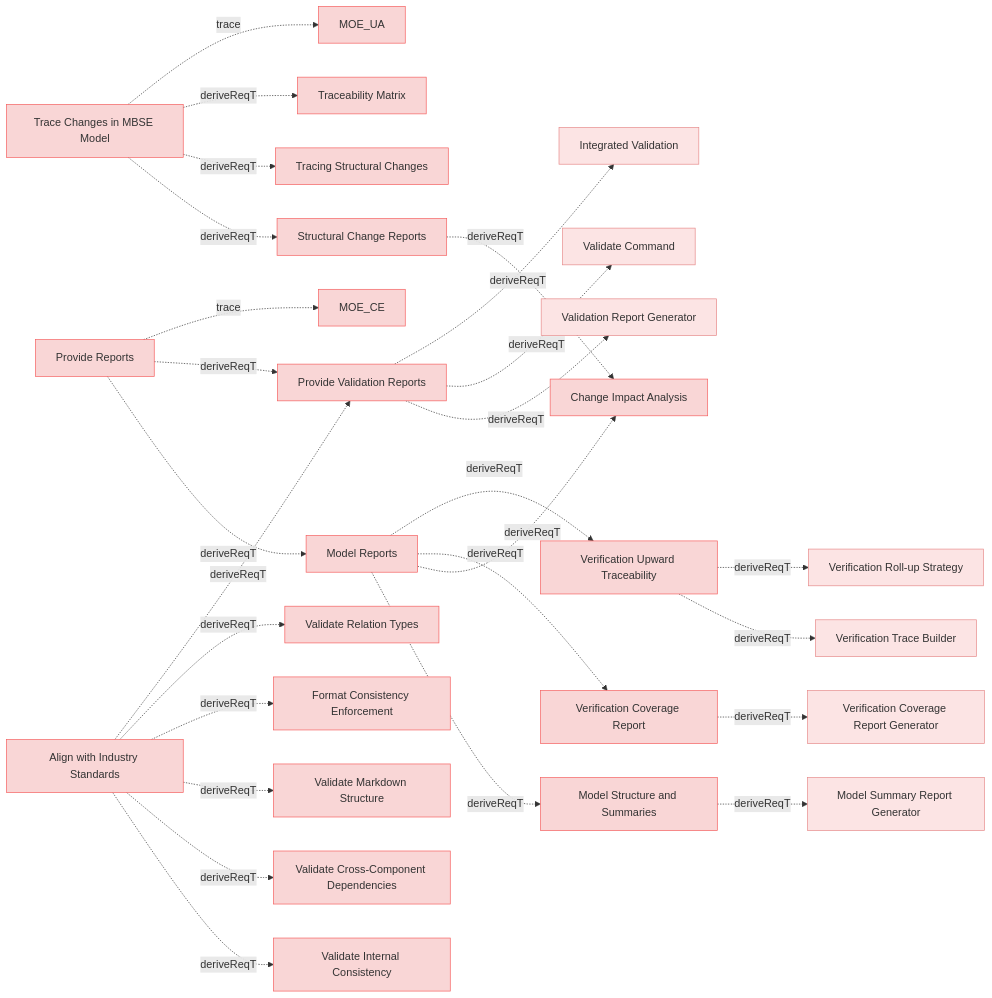
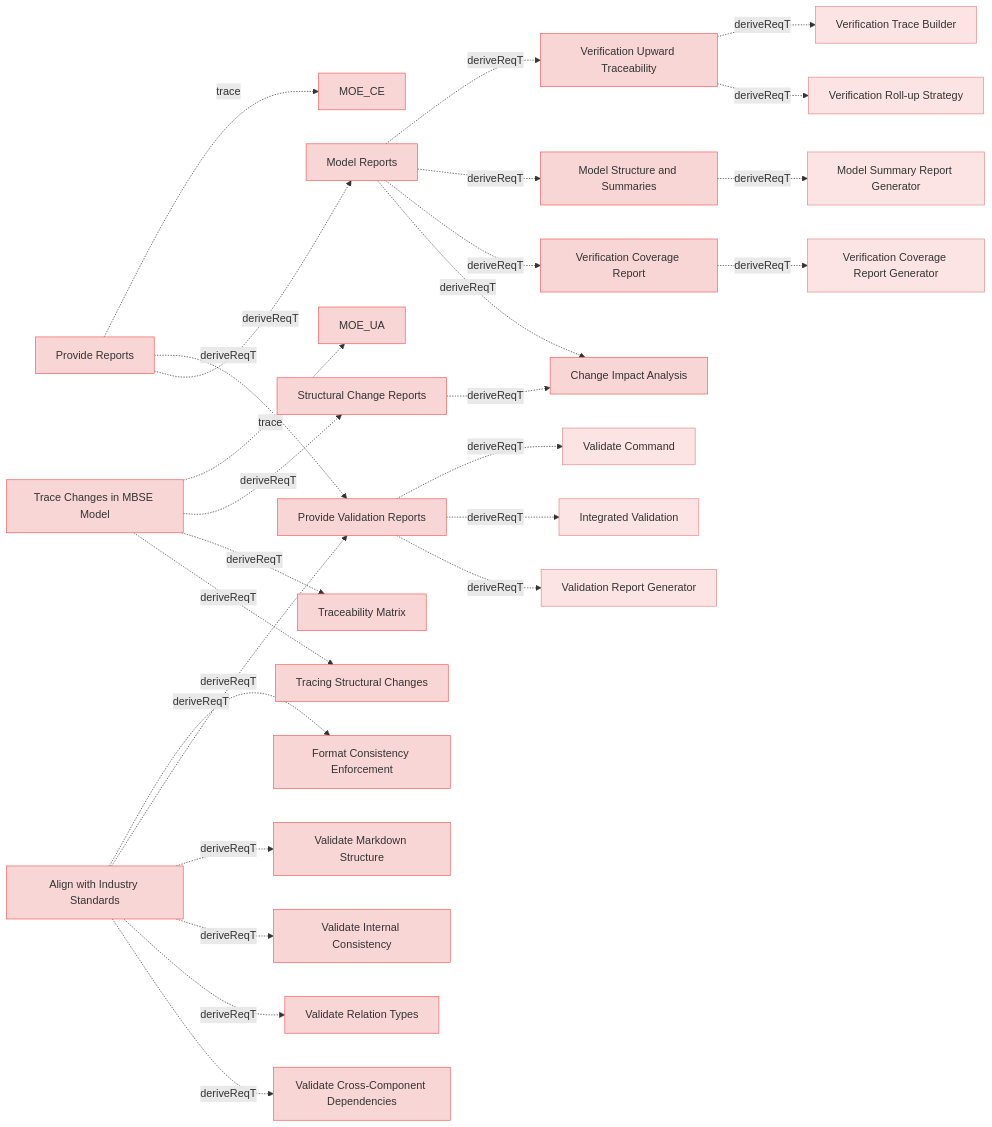
Before and after one commit to reqvire-org/reqvire: the fifth of 9 diagrams in specifications/UserRequirements.md, drawn with Mermaid. The commit also changed other lines of this file and 81 other files, not shown here.

````diff
--- a/specifications/UserRequirements.md
+++ b/specifications/UserRequirements.md
@@ -614,100 +614,60 @@
   classDef verification fill:#d6f9d6,stroke:#5fd75f,stroke-width:1px;
   classDef default fill:#f5f5f5,stroke:#333333,stroke-width:1px;
 
+  1908501a80db5c46["Structural Change Reports"];
+  class 1908501a80db5c46 userRequirement;
+  click 1908501a80db5c46 "UserRequirements.md#structural-change-reports";
+  9933cac5853a8584["Change Impact Analysis"];
+  class 9933cac5853a8584 userRequirement;
+  click 9933cac5853a8584 "UserRequirements.md#change-impact-analysis";
+  1908501a80db5c46 -.->|deriveReqT| 9933cac5853a8584;
+  7ceb6b9bed1a94e1["Verification Upward Traceability"];
+  class 7ceb6b9bed1a94e1 userRequirement;
+  click 7ceb6b9bed1a94e1 "UserRequirements.md#verification-upward-traceability";
+  dc847db96c21aa38["Verification Trace Builder"];
+  class dc847db96c21aa38 systemRequirement;
+  click dc847db96c21aa38 "SystemRequirements/Requirements.md#verification-trace-builder";
+  7ceb6b9bed1a94e1 -.->|deriveReqT| dc847db96c21aa38;
+  196b05a6d8df8aaa["Verification Roll-up Strategy"];
+  class 196b05a6d8df8aaa systemRequirement;
+  click 196b05a6d8df8aaa "SystemRequirements/Requirements.md#verification-roll-up-strategy";
+  7ceb6b9bed1a94e1 -.->|deriveReqT| 196b05a6d8df8aaa;
   ed31b6bed1cde2f8["Provide Validation Reports"];
   class ed31b6bed1cde2f8 userRequirement;
   click ed31b6bed1cde2f8 "UserRequirements.md#provide-validation-reports";
+  b4f1757fc8831083["Validate Command"];
+  class b4f1757fc8831083 systemRequirement;
+  click b4f1757fc8831083 "SystemRequirements/Requirements.md#validate-command";
+  ed31b6bed1cde2f8 -.->|deriveReqT| b4f1757fc8831083;
   5a67efb6be1c6c72["Integrated Validation"];
   class 5a67efb6be1c6c72 systemRequirement;
   click 5a67efb6be1c6c72 "SystemRequirements/TwoPassValidation.md#integrated-validation";
   ed31b6bed1cde2f8 -.->|deriveReqT| 5a67efb6be1c6c72;
-  b4f1757fc8831083["Validate Command"];
-  class b4f1757fc8831083 systemRequirement;
-  click b4f1757fc8831083 "SystemRequirements/Requirements.md#validate-command";
-  ed31b6bed1cde2f8 -.->|deriveReqT| b4f1757fc8831083;
   d667d94124e3bab7["Validation Report Generator"];
   class d667d94124e3bab7 systemRequirement;
   click d667d94124e3bab7 "SystemRequirements/Requirements.md#validation-report-generator";
   ed31b6bed1cde2f8 -.->|deriveReqT| d667d94124e3bab7;
-  7ceb6b9bed1a94e1["Verification Upward Traceability"];
-  class 7ceb6b9bed1a94e1 userRequirement;
-  click 7ceb6b9bed1a94e1 "UserRequirements.md#verification-upward-traceability";
-  196b05a6d8df8aaa["Verification Roll-up Strategy"];
-  class 196b05a6d8df8aaa systemRequirement;
-  click 196b05a6d8df8aaa "SystemRequirements/Requirements.md#verification-roll-up-strategy";
-  7ceb6b9bed1a94e1 -.->|deriveReqT| 196b05a6d8df8aaa;
-  dc847db96c21aa38["Verification Trace Builder"];
-  class dc847db96c21aa38 systemRequirement;
-  click dc847db96c21aa38 "SystemRequirements/Requirements.md#verification-trace-builder";
-  7ceb6b9bed1a94e1 -.->|deriveReqT| dc847db96c21aa38;
+  ad6f7a2d41d80a38["Model Structure and Summaries"];
+  class ad6f7a2d41d80a38 userRequirement;
+  click ad6f7a2d41d80a38 "UserRequirements.md#model-structure-and-summaries";
+  b882613af131f35f["Model Summary Report Generator"];
+  class b882613af131f35f systemRequirement;
+  click b882613af131f35f "SystemRequirements/Requirements.md#model-summary-report-generator";
+  ad6f7a2d41d80a38 -.->|deriveReqT| b882613af131f35f;
+  f7a606aa79ba438["Verification Coverage Report"];
+  class f7a606aa79ba438 userRequirement;
+  click f7a606aa79ba438 "UserRequirements.md#verification-coverage-report";
+  2f5273c3b5655b33["Verification Coverage Report Generator"];
+  class 2f5273c3b5655b33 systemRequirement;
+  click 2f5273c3b5655b33 "SystemRequirements/Requirements.md#verification-coverage-report-generator";
+  f7a606aa79ba438 -.->|deriveReqT| 2f5273c3b5655b33;
   70701096d332c0b2["Model Reports"];
   class 70701096d332c0b2 userRequirement;
   click 70701096d332c0b2 "UserRequirements.md#model-reports";
   70701096d332c0b2 -.->|deriveReqT| 7ceb6b9bed1a94e1;
-  f7a606aa79ba438["Verification Coverage Report"];
-  class f7a606aa79ba438 userRequirement;
-  click f7a606aa79ba438 "UserRequirements.md#verification-coverage-report";
+  70701096d332c0b2 -.->|deriveReqT| ad6f7a2d41d80a38;
   70701096d332c0b2 -.->|deriveReqT| f7a606aa79ba438;
-  9933cac5853a8584["Change Impact Analysis"];
-  class 9933cac5853a8584 userRequirement;
-  click 9933cac5853a8584 "UserRequirements.md#change-impact-analysis";
   70701096d332c0b2 -.->|deriveReqT| 9933cac5853a8584;
-  ad6f7a2d41d80a38["Model Structure and Summaries"];
-  class ad6f7a2d41d80a38 userRequirement;
-  click ad6f7a2d41d80a38 "UserRequirements.md#model-structure-and-summaries";
-  70701096d332c0b2 -.->|deriveReqT| ad6f7a2d41d80a38;
-  2f5273c3b5655b33["Verification Coverage Report Generator"];
-  class 2f5273c3b5655b33 systemRequirement;
-  click 2f5273c3b5655b33 "SystemRequirements/Requirements.md#verification-coverage-report-generator";
-  f7a606aa79ba438 -.->|deriveReqT| 2f5273c3b5655b33;
-  1908501a80db5c46["Structural Change Reports"];
-  class 1908501a80db5c46 userRequirement;
-  click 1908501a80db5c46 "UserRequirements.md#structural-change-reports";
-  1908501a80db5c46 -.->|deriveReqT| 9933cac5853a8584;
-  b882613af131f35f["Model Summary Report Generator"];
-  class b882613af131f35f systemRequirement;
-  click b882613af131f35f "SystemRequirements/Requirements.md#model-summary-report-generator";
-  ad6f7a2d41d80a38 -.->|deriveReqT| b882613af131f35f;
-  5ef9c8ae19a9f55a["Trace Changes in MBSE Model"];
-  class 5ef9c8ae19a9f55a userRequirement;
-  click 5ef9c8ae19a9f55a "UserStories.md#trace-changes-in-mbse-model";
-  2c5f30f14e792200["MOE_UA"];
-  class 2c5f30f14e792200 userRequirement;
-  click 2c5f30f14e792200 "MOEs.md#moe_ua";
-  5ef9c8ae19a9f55a -.->|trace| 2c5f30f14e792200;
-  4e30ea0930dc9c26["Traceability Matrix"];
-  class 4e30ea0930dc9c26 userRequirement;
-  click 4e30ea0930dc9c26 "UserRequirements.md#traceability-matrix";
-  5ef9c8ae19a9f55a -.->|deriveReqT| 4e30ea0930dc9c26;
-  d7b7b13a5b8d96e1["Tracing Structural Changes"];
-  class d7b7b13a5b8d96e1 userRequirement;
-  click d7b7b13a5b8d96e1 "UserRequirements.md#tracing-structural-changes";
-  5ef9c8ae19a9f55a -.->|deriveReqT| d7b7b13a5b8d96e1;
-  5ef9c8ae19a9f55a -.->|deriveReqT| 1908501a80db5c46;
-  b74eec7ed767e7c["Align with Industry Standards"];
-  class b74eec7ed767e7c userRequirement;
-  click b74eec7ed767e7c "MissionRequirements.md#align-with-industry-standards";
-  b74eec7ed767e7c -.->|deriveReqT| ed31b6bed1cde2f8;
-  f25cbfbca6d6d92e["Validate Relation Types"];
-  class f25cbfbca6d6d92e userRequirement;
-  click f25cbfbca6d6d92e "UserRequirements.md#validate-relation-types";
-  b74eec7ed767e7c -.->|deriveReqT| f25cbfbca6d6d92e;
-  974ccf933675ef44["Format Consistency Enforcement"];
-  class 974ccf933675ef44 userRequirement;
-  click 974ccf933675ef44 "UserRequirements.md#format-consistency-enforcement";
-  b74eec7ed767e7c -.->|deriveReqT| 974ccf933675ef44;
-  586b073cd97908da["Validate Markdown Structure"];
-  class 586b073cd97908da userRequirement;
-  click 586b073cd97908da "UserRequirements.md#validate-markdown-structure";
-  b74eec7ed767e7c -.->|deriveReqT| 586b073cd97908da;
-  3bd9d29239564eeb["Validate Cross-Component Dependencies"];
-  class 3bd9d29239564eeb userRequirement;
-  click 3bd9d29239564eeb "UserRequirements.md#validate-cross-component-dependencies";
-  b74eec7ed767e7c -.->|deriveReqT| 3bd9d29239564eeb;
-  c50887ce89be280a["Validate Internal Consistency"];
-  class c50887ce89be280a userRequirement;
-  click c50887ce89be280a "UserRequirements.md#validate-internal-consistency";
-  b74eec7ed767e7c -.->|deriveReqT| c50887ce89be280a;
   91a0adb0b4d959c4["Provide Reports"];
   class 91a0adb0b4d959c4 userRequirement;
   click 91a0adb0b4d959c4 "UserStories.md#provide-reports";
@@ -717,4 +677,44 @@
   91a0adb0b4d959c4 -.->|trace| e9ad540a6411a0fc;
   91a0adb0b4d959c4 -.->|deriveReqT| ed31b6bed1cde2f8;
   91a0adb0b4d959c4 -.->|deriveReqT| 70701096d332c0b2;
+  5ef9c8ae19a9f55a["Trace Changes in MBSE Model"];
+  class 5ef9c8ae19a9f55a userRequirement;
+  click 5ef9c8ae19a9f55a "UserStories.md#trace-changes-in-mbse-model";
+  2c5f30f14e792200["MOE_UA"];
+  class 2c5f30f14e792200 userRequirement;
+  click 2c5f30f14e792200 "MOEs.md#moe_ua";
+  5ef9c8ae19a9f55a -.->|trace| 2c5f30f14e792200;
+  5ef9c8ae19a9f55a -.->|deriveReqT| 1908501a80db5c46;
+  4e30ea0930dc9c26["Traceability Matrix"];
+  class 4e30ea0930dc9c26 userRequirement;
+  click 4e30ea0930dc9c26 "UserRequirements.md#traceability-matrix";
+  5ef9c8ae19a9f55a -.->|deriveReqT| 4e30ea0930dc9c26;
+  d7b7b13a5b8d96e1["Tracing Structural Changes"];
+  class d7b7b13a5b8d96e1 userRequirement;
+  click d7b7b13a5b8d96e1 "UserRequirements.md#tracing-structural-changes";
+  5ef9c8ae19a9f55a -.->|deriveReqT| d7b7b13a5b8d96e1;
+  b74eec7ed767e7c["Align with Industry Standards"];
+  class b74eec7ed767e7c userRequirement;
+  click b74eec7ed767e7c "MissionRequirements.md#align-with-industry-standards";
+  974ccf933675ef44["Format Consistency Enforcement"];
+  class 974ccf933675ef44 userRequirement;
+  click 974ccf933675ef44 "UserRequirements.md#format-consistency-enforcement";
+  b74eec7ed767e7c -.->|deriveReqT| 974ccf933675ef44;
+  b74eec7ed767e7c -.->|deriveReqT| ed31b6bed1cde2f8;
+  586b073cd97908da["Validate Markdown Structure"];
+  class 586b073cd97908da userRequirement;
+  click 586b073cd97908da "UserRequirements.md#validate-markdown-structure";
+  b74eec7ed767e7c -.->|deriveReqT| 586b073cd97908da;
+  c50887ce89be280a["Validate Internal Consistency"];
+  class c50887ce89be280a userRequirement;
+  click c50887ce89be280a "UserRequirements.md#validate-internal-consistency";
+  b74eec7ed767e7c -.->|deriveReqT| c50887ce89be280a;
+  f25cbfbca6d6d92e["Validate Relation Types"];
+  class f25cbfbca6d6d92e userRequirement;
+  click f25cbfbca6d6d92e "UserRequirements.md#validate-relation-types";
+  b74eec7ed767e7c -.->|deriveReqT| f25cbfbca6d6d92e;
+  3bd9d29239564eeb["Validate Cross-Component Dependencies"];
+  class 3bd9d29239564eeb userRequirement;
+  click 3bd9d29239564eeb "UserRequirements.md#validate-cross-component-dependencies";
+  b74eec7ed767e7c -.->|deriveReqT| 3bd9d29239564eeb;
 ```
````
